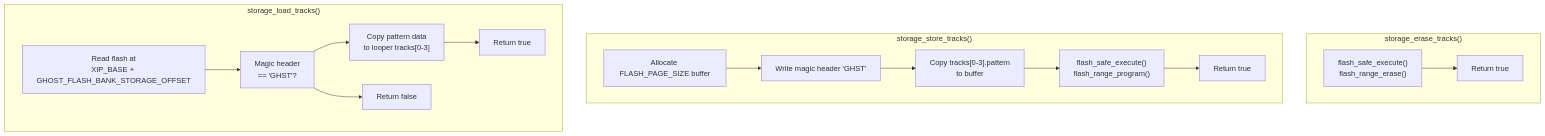
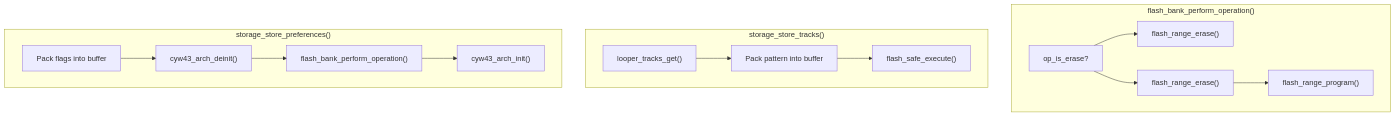
The third of 3 diagrams in wiki/8.2-pattern-storage.md (Jus-Be/orinayo-pico), drawn with Mermaid before and after one commit. The commit also changed other lines of this file and 42 other files, not shown here.

````diff
--- a/wiki/8.2-pattern-storage.md
+++ b/wiki/8.2-pattern-storage.md
@@ -126,46 +130,43 @@
 ```mermaid
 flowchart TD
 
-E1["flash_safe_execute()<br>flash_range_erase()"]
-E2["Return true"]
-S1["Allocate FLASH_PAGE_SIZE buffer"]
-S2["Write magic header 'GHST'"]
-S3["Copy tracks[0-3].pattern<br>to buffer"]
-S4["flash_safe_execute()<br>flash_range_program()"]
-S5["Return true"]
-L1["Read flash at<br>XIP_BASE + GHOST_FLASH_BANK_STORAGE_OFFSET"]
-L2["Magic header<br>== 'GHST'?"]
-L3["Copy pattern data<br>to looper tracks[0-3]"]
-L5["Return false"]
-L4["Return true"]
+F1["op_is_erase?"]
+F2["flash_range_erase()"]
+F3["flash_range_erase()"]
+F4["flash_range_program()"]
+T1["looper_tracks_get()"]
+T2["Pack pattern into buffer"]
+T3["flash_safe_execute()"]
+P1["Pack flags into buffer"]
+P2["cyw43_arch_deinit()"]
+P3["flash_bank_perform_operation()"]
+P4["cyw43_arch_init()"]
 
-subgraph EraseOperation ["storage_erase_tracks()"]
-    E1
-    E2
-    E1 --> E2
+subgraph FlashOp ["flash_bank_perform_operation()"]
+    F1
+    F2
+    F3
+    F4
+    F1 --> F2
+    F1 --> F3
+    F3 --> F4
 end
 
-subgraph StoreOperation ["storage_store_tracks()"]
-    S1
-    S2
-    S3
-    S4
-    S5
-    S1 --> S2
-    S2 --> S3
-    S3 --> S4
-    S4 --> S5
+subgraph TrackSave ["storage_store_tracks()"]
+    T1
+    T2
+    T3
+    T1 --> T2
+    T2 --> T3
 end
 
-subgraph LoadOperation ["storage_load_tracks()"]
-    L1
-    L2
-    L3
-    L5
-    L4
-    L1 --> L2
-    L2 --> L3
-    L2 --> L5
-    L3 --> L4
+subgraph PrefSave ["storage_store_preferences()"]
+    P1
+    P2
+    P3
+    P4
+    P1 --> P2
+    P2 --> P3
+    P3 --> P4
 end
 ```
````
